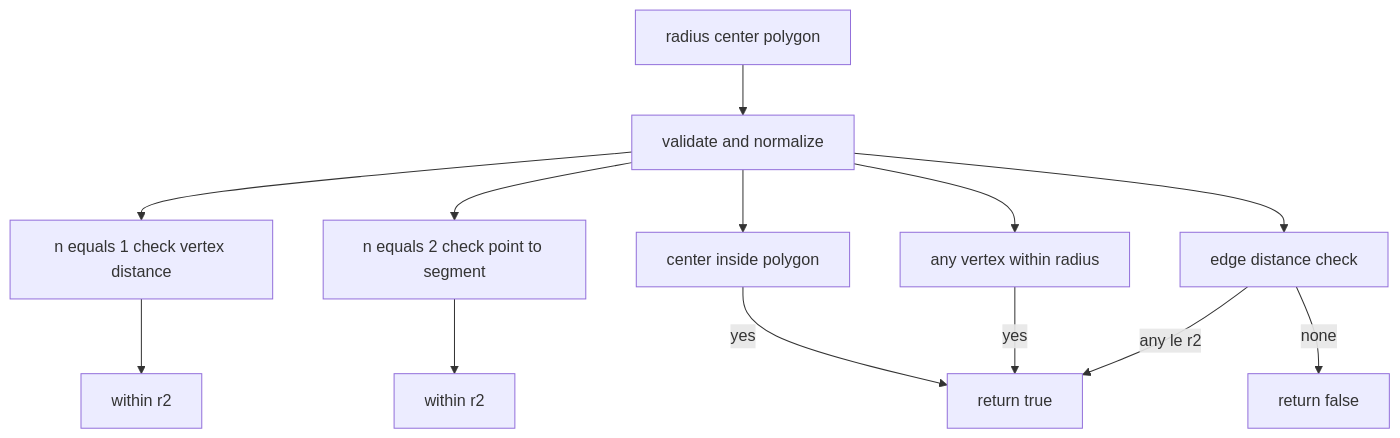
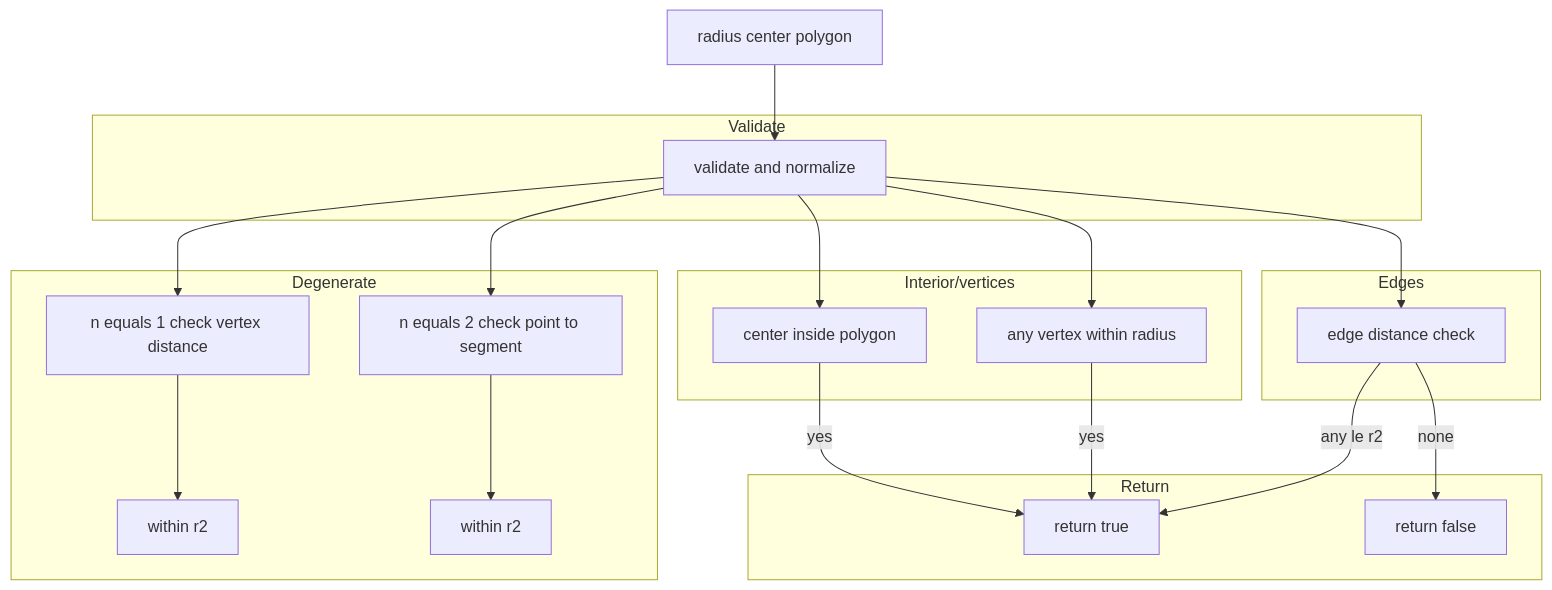
One commit to Gh0st352/AETHR changed the third of 4 diagrams in docs/poly/point_in_polygon_and_overlap.md. Above: the diagram before and after it, drawn with Mermaid. The commit also changed other lines of this file and 9 other files, not shown here.

First line of the commit message:
docs(poly): improve README headings and mermaid diagrams

````diff
--- a/docs/poly/point_in_polygon_and_overlap.md
+++ b/docs/poly/point_in_polygon_and_overlap.md
@@ -48,15 +83,42 @@
 ```mermaid
+%% shared theme: docs/_mermaid/theme.json %%
 flowchart TD
   IN[radius center polygon] --> VALID[validate and normalize]
   VALID --> N1[n equals 1 check vertex distance]
   N1 --> DEC1[within r2]
   VALID --> N2[n equals 2 check point to segment]
   N2 --> DEC2[within r2]
   VALID --> INP[center inside polygon]
   INP -->|yes| TRUE[return true]
   VALID --> VERTS[any vertex within radius]
   VERTS -->|yes| TRUE
   VALID --> EDGES[edge distance check]
   EDGES -->|any le r2| TRUE
   EDGES -->|none| FALSE[return false]
+
+  subgraph "Validate"
+    VALID
+  end
+  subgraph "Degenerate"
+    N1
+    DEC1
+    N2
+    DEC2
+  end
+  subgraph "Interior/vertices"
+    INP
+    VERTS
+  end
+  subgraph "Edges"
+    EDGES
+  end
+  subgraph "Return"
+    TRUE
+    FALSE
+  end
+
+  class IN class_io;
+  class VALID,N1,N2,INP,VERTS class_step;
+  class DEC1,DEC2,EDGES class_decision;
+  class TRUE,FALSE class_result;
 ```
````
